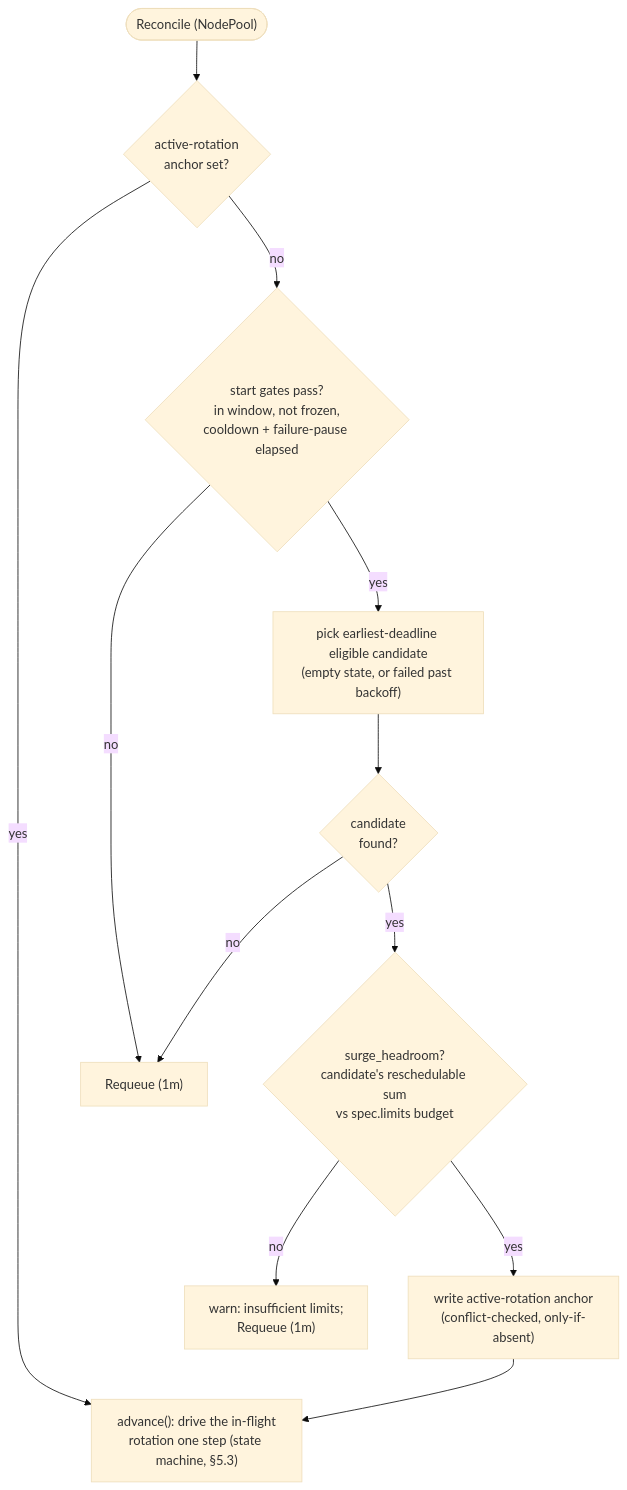
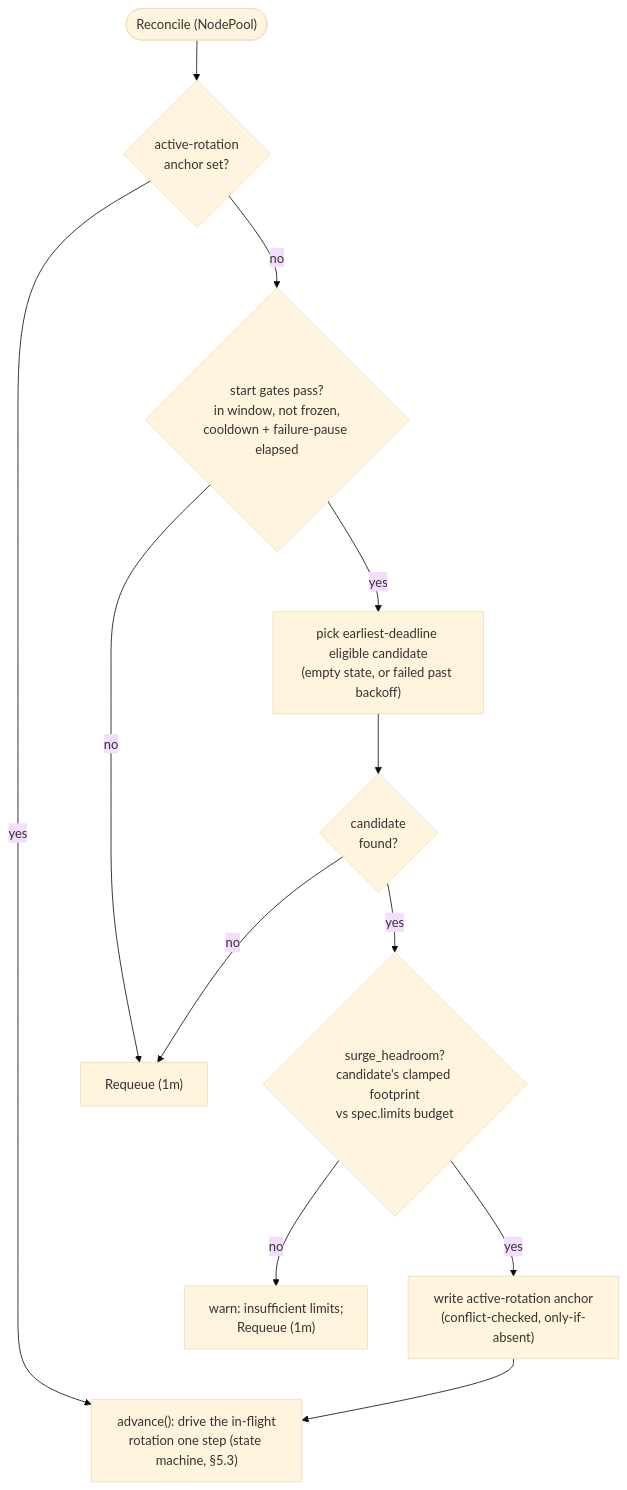
Before and after one commit to AkashiSN/node-rotation-controller: the second of 3 diagrams in docs/specification/05-implementation.md, drawn with Mermaid (base theme). The commit also changed other lines of this file and 11 other files, not shown here.

````diff
--- a/docs/specification/05-implementation.md
+++ b/docs/specification/05-implementation.md
@@ -50,14 +50,14 @@
 ```mermaid
 flowchart TD
     entry(["Reconcile (NodePool)"]) --> q1{"active-rotation<br/>anchor set?"}
     q1 -->|yes| adv["advance(): drive the in-flight<br/>rotation one step (state machine, §5.3)"]
     q1 -->|no| q2{"start gates pass?<br/>in window, not frozen,<br/>cooldown + failure-pause elapsed"}
     q2 -->|no| rq["Requeue (1m)"]
     q2 -->|yes| pick["pick earliest-deadline eligible candidate<br/>(empty state, or failed past backoff)"]
     pick --> q3{"candidate<br/>found?"}
     q3 -->|no| rq
-    q3 -->|yes| q4{"surge_headroom?<br/>candidate's reschedulable sum<br/>vs spec.limits budget"}
+    q3 -->|yes| q4{"surge_headroom?<br/>candidate's clamped footprint<br/>vs spec.limits budget"}
     q4 -->|no| warn["warn: insufficient limits;<br/>Requeue (1m)"]
     q4 -->|yes| anchor["write active-rotation anchor<br/>(conflict-checked, only-if-absent)"]
     anchor --> adv
 ```
````
